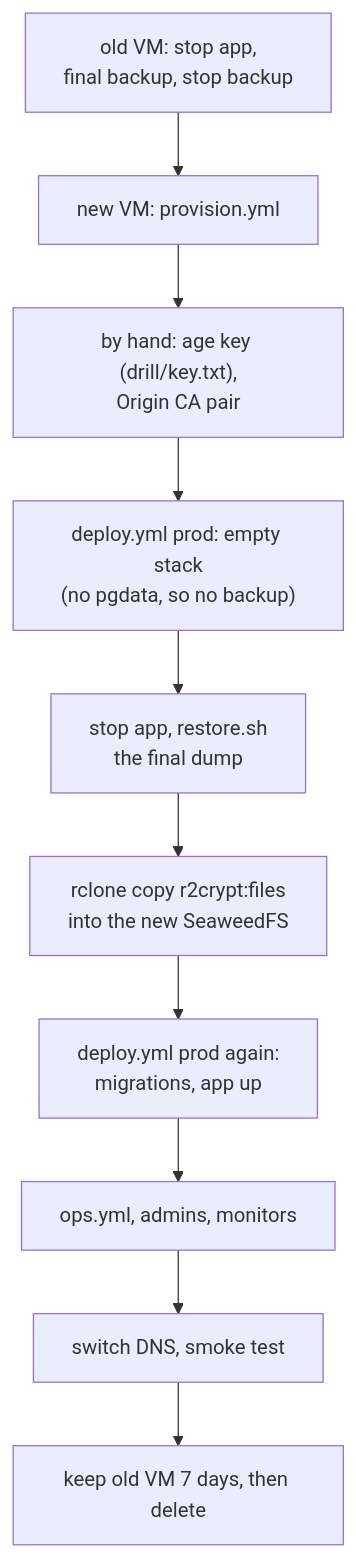
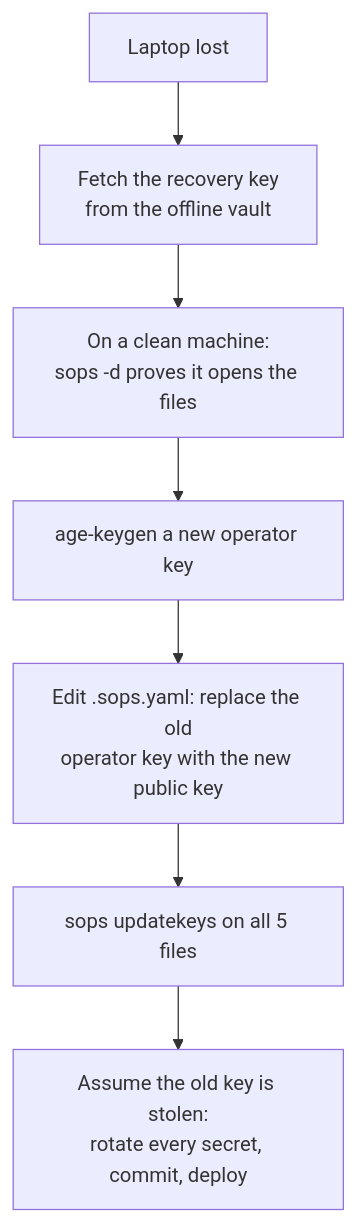
Before and after one commit to tareq89/biddaloy: the eighth of 8 diagrams in docs/architecture/28-platform-runbook.md, drawn with Mermaid. The commit also changed other lines of this file and 1 other file, not shown here.

````diff
--- a/docs/architecture/28-platform-runbook.md
+++ b/docs/architecture/28-platform-runbook.md
@@ -581,12 +1460,9 @@
 ```mermaid
 flowchart TD
-  S["old VM: stop app,<br/>final backup, stop backup"] --> N["new VM: provision.yml"]
-  N --> K["by hand: age key (drill/key.txt),<br/>Origin CA pair"]
-  K --> V["deploy.yml prod: empty stack<br/>(no pgdata, so no backup)"]
-  V --> R["stop app, restore.sh<br/>the final dump"]
-  R --> F["rclone copy r2crypt:files<br/>into the new SeaweedFS"]
-  F --> V2["deploy.yml prod again:<br/>migrations, app up"]
-  V2 --> O["ops.yml, admins, monitors"]
-  O --> DNS["switch DNS, smoke test"]
-  DNS --> OLD["keep old VM 7 days, then delete"]
+  A["Laptop lost"] --> B["Fetch the recovery key<br/>from the offline vault"]
+  B --> C["On a clean machine:<br/>sops -d proves it opens the files"]
+  C --> D["age-keygen a new operator key"]
+  D --> E["Edit .sops.yaml: replace the old<br/>operator key with the new public key"]
+  E --> F["sops updatekeys on all 5 files"]
+  F --> G["Assume the old key is stolen:<br/>rotate every secret, commit, deploy"]
 ```
````
